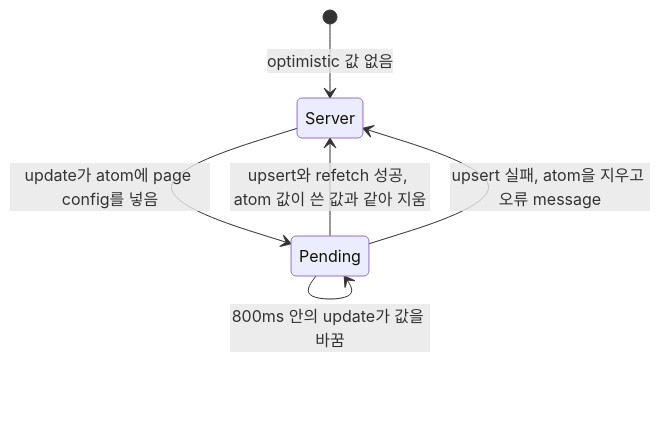
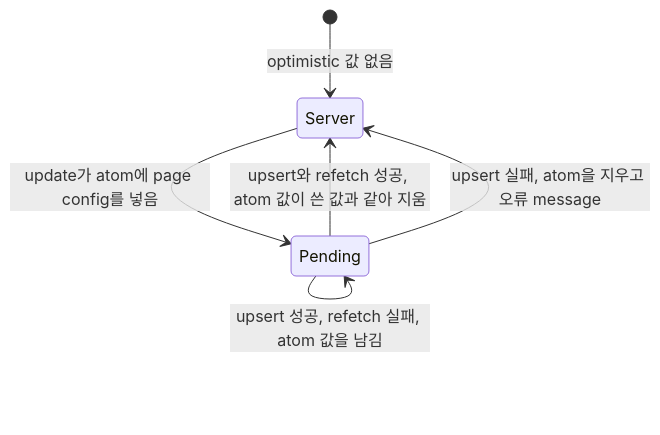
One commit to lablup/backend.ai-webui changed the second of 2 diagrams in docs/adr/0017-dashboard-boards-in-manager-app-config.md. Above: the diagram before and after it, drawn with Mermaid. The commit also changed other lines of this file and 17 other files, not shown here.

````diff
--- a/docs/adr/0017-dashboard-boards-in-manager-app-config.md
+++ b/docs/adr/0017-dashboard-boards-in-manager-app-config.md
@@ -50,8 +48,9 @@
 ```mermaid
 stateDiagram-v2
   [*] --> Server: optimistic 값 없음
   Server --> Pending: update가 atom에 page config를 넣음
   Pending --> Pending: 800ms 안의 update가 값을 바꿈
   Pending --> Server: upsert와 refetch 성공, atom 값이 쓴 값과 같아 지움
+  Pending --> Pending: upsert 성공, refetch 실패, atom 값을 남김
   Pending --> Server: upsert 실패, atom을 지우고 오류 message
 ```
````
